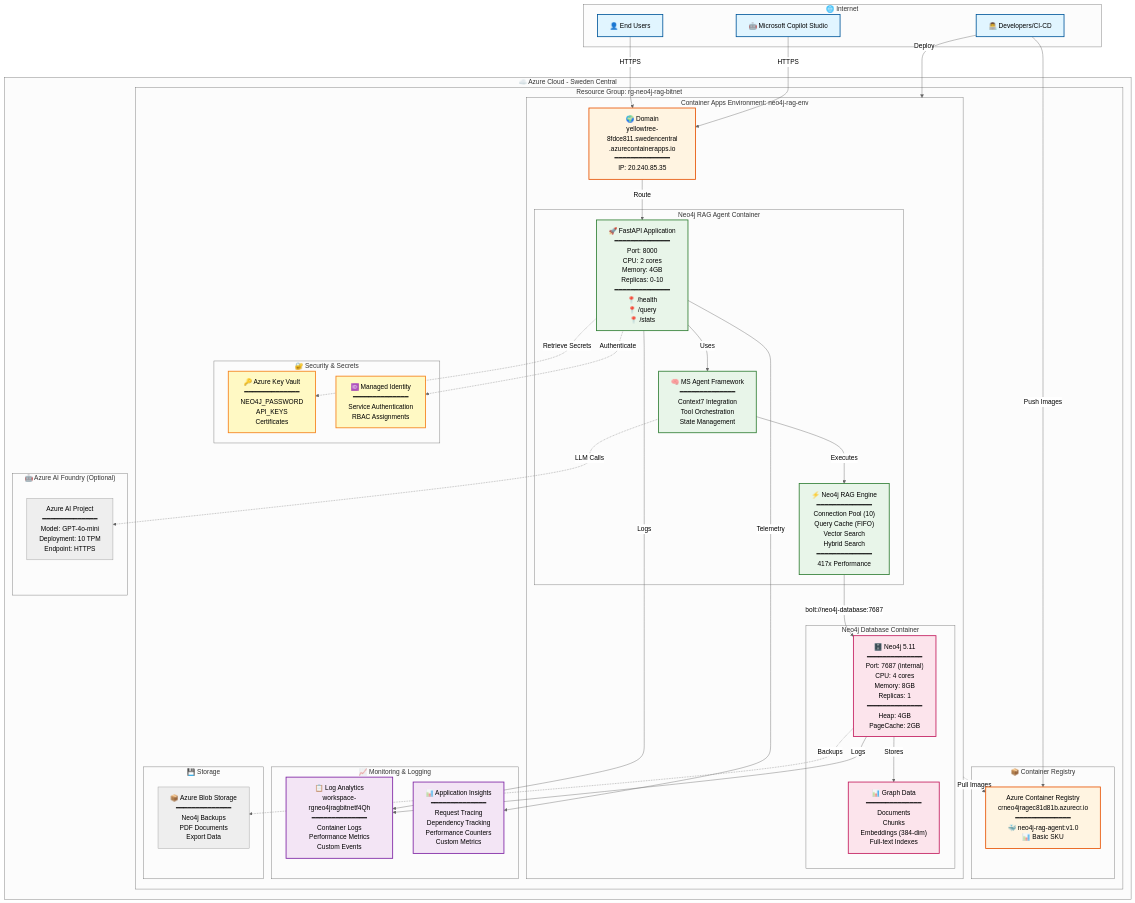
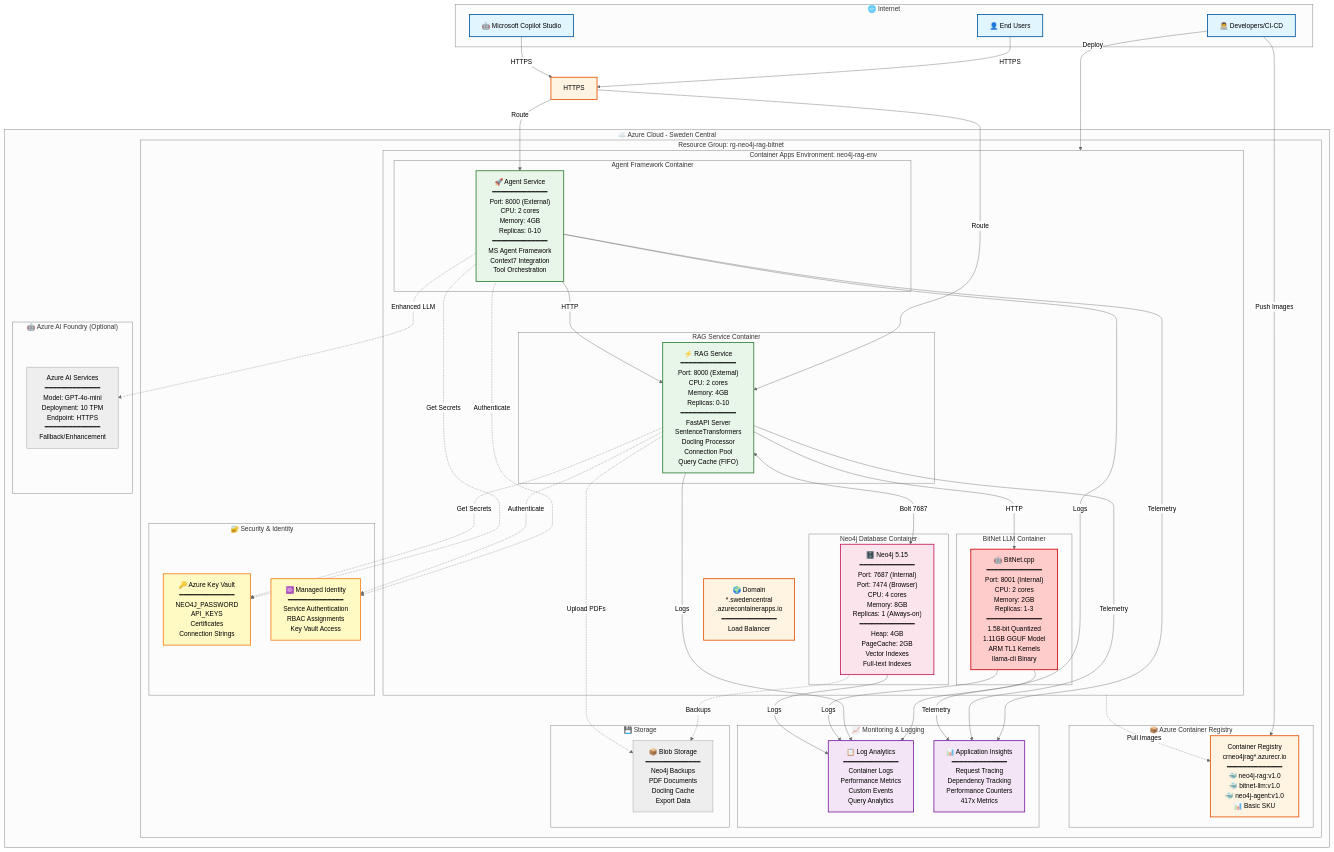
One commit to ma3u/neo4j-agentframework changed the first of 15 diagrams in docs/AZURE_ARCHITECTURE.md. Above: the diagram before and after it, drawn with Mermaid (neutral theme). The commit also changed other lines of this file, not shown here.

````diff
--- a/docs/AZURE_ARCHITECTURE.md
+++ b/docs/AZURE_ARCHITECTURE.md
@@ -16,77 +43,90 @@
     subgraph Azure["☁️ Azure Cloud - Sweden Central"]
         subgraph RG["Resource Group: rg-neo4j-rag-bitnet"]
 
-            subgraph ACR_SG["📦 Container Registry"]
-                ACR[Azure Container Registry<br/>crneo4jragec81d81b.azurecr.io<br/>━━━━━━━━━━━━━━<br/>🐳 neo4j-rag-agent:v1.0<br/>📊 Basic SKU]
+            subgraph ACR_SG["📦 Azure Container Registry"]
+                ACR[Container Registry<br/>crneo4jrag*.azurecr.io<br/>━━━━━━━━━━━━━━<br/>🐳 neo4j-rag:v1.0<br/>🐳 bitnet-llm:v1.0<br/>🐳 neo4j-agent:v1.0<br/>📊 Basic SKU]
             end
 
             subgraph CAE["Container Apps Environment: neo4j-rag-env"]
-                DOMAIN[🌍 Domain<br/>yellowtree-8fdce811.swedencentral<br/>.azurecontainerapps.io<br/>━━━━━━━━━━━━━━<br/>IP: 20.240.85.35]
+                DOMAIN[🌍 Domain<br/>*.swedencentral<br/>.azurecontainerapps.io<br/>━━━━━━━━━━━━━━<br/>Load Balancer]
 
-                subgraph AGENT["Neo4j RAG Agent Container"]
-                    AGENT_APP["🚀 FastAPI Application<br/>━━━━━━━━━━━━━━<br/>Port: 8000<br/>CPU: 2 cores<br/>Memory: 4GB<br/>Replicas: 0-10<br/>━━━━━━━━━━━━━━<br/>📍 /health<br/>📍 /query<br/>📍 /stats"]
-                    AGENT_FW["🧠 MS Agent Framework<br/>━━━━━━━━━━━━━━<br/>Context7 Integration<br/>Tool Orchestration<br/>State Management"]
-                    RAG_ENGINE["⚡ Neo4j RAG Engine<br/>━━━━━━━━━━━━━━<br/>Connection Pool (10)<br/>Query Cache (FIFO)<br/>Vector Search<br/>Hybrid Search<br/>━━━━━━━━━━━━━━<br/>417x Performance"]
+                subgraph AGENT["Agent Framework Container"]
+                    AGENT_APP["🚀 Agent Service<br/>━━━━━━━━━━━━━━<br/>Port: 8000 (External)<br/>CPU: 2 cores<br/>Memory: 4GB<br/>Replicas: 0-10<br/>━━━━━━━━━━━━━━<br/>MS Agent Framework<br/>Context7 Integration<br/>Tool Orchestration"]
+                end
+
+                subgraph RAG["RAG Service Container"]
+                    RAG_APP["⚡ RAG Service<br/>━━━━━━━━━━━━━━<br/>Port: 8000 (External)<br/>CPU: 2 cores<br/>Memory: 4GB<br/>Replicas: 0-10<br/>━━━━━━━━━━━━━━<br/>FastAPI Server<br/>SentenceTransformers<br/>Docling Processor<br/>Connection Pool<br/>Query Cache (FIFO)"]
+                end
+
+                subgraph BITNET["BitNet LLM Container"]
+                    BITNET_APP["🤖 BitNet.cpp<br/>━━━━━━━━━━━━━━<br/>Port: 8001 (Internal)<br/>CPU: 2 cores<br/>Memory: 2GB<br/>Replicas: 1-3<br/>━━━━━━━━━━━━━━<br/>1.58-bit Quantized<br/>1.11GB GGUF Model<br/>ARM TL1 Kernels<br/>llama-cli Binary"]
                 end
 
                 subgraph NEO4J["Neo4j Database Container"]
-                    NEO4J_DB["🗄️ Neo4j 5.11<br/>━━━━━━━━━━━━━━<br/>Port: 7687 (internal)<br/>CPU: 4 cores<br/>Memory: 8GB<br/>Replicas: 1<br/>━━━━━━━━━━━━━━<br/>Heap: 4GB<br/>PageCache: 2GB"]
-                    NEO4J_DATA["📊 Graph Data<br/>━━━━━━━━━━━━━━<br/>Documents<br/>Chunks<br/>Embeddings (384-dim)<br/>Full-text Indexes"]
+                    NEO4J_DB["🗄️ Neo4j 5.15<br/>━━━━━━━━━━━━━━<br/>Port: 7687 (Internal)<br/>Port: 7474 (Browser)<br/>CPU: 4 cores<br/>Memory: 8GB<br/>Replicas: 1 (Always-on)<br/>━━━━━━━━━━━━━━<br/>Heap: 4GB<br/>PageCache: 2GB<br/>Vector Indexes<br/>Full-text Indexes"]
                 end
             end
 
             subgraph MONITOR_SG["📈 Monitoring & Logging"]
-                LOG_ANALYTICS["📋 Log Analytics<br/>workspace-rgneo4jragbitnetf4Qh<br/>━━━━━━━━━━━━━━<br/>Container Logs<br/>Performance Metrics<br/>Custom Events"]
-                APP_INSIGHTS["📊 Application Insights<br/>━━━━━━━━━━━━━━<br/>Request Tracing<br/>Dependency Tracking<br/>Performance Counters<br/>Custom Metrics"]
+                LOG_ANALYTICS["📋 Log Analytics<br/>━━━━━━━━━━━━━━<br/>Container Logs<br/>Performance Metrics<br/>Custom Events<br/>Query Analytics"]
+                APP_INSIGHTS["📊 Application Insights<br/>━━━━━━━━━━━━━━<br/>Request Tracing<br/>Dependency Tracking<br/>Performance Counters<br/>417x Metrics"]
             end
 
-            subgraph SECURITY["🔐 Security & Secrets"]
-                KEYVAULT["🔑 Azure Key Vault<br/>━━━━━━━━━━━━━━<br/>NEO4J_PASSWORD<br/>API_KEYS<br/>Certificates"]
-                MANAGED_ID["🆔 Managed Identity<br/>━━━━━━━━━━━━━━<br/>Service Authentication<br/>RBAC Assignments"]
+            subgraph SECURITY["🔐 Security & Identity"]
+                KEYVAULT["🔑 Azure Key Vault<br/>━━━━━━━━━━━━━━<br/>NEO4J_PASSWORD<br/>API_KEYS<br/>Certificates<br/>Connection Strings"]
+                MANAGED_ID["🆔 Managed Identity<br/>━━━━━━━━━━━━━━<br/>Service Authentication<br/>RBAC Assignments<br/>Key Vault Access"]
             end
 
             subgraph STORAGE_SG["💾 Storage"]
-                BLOB_STORAGE["📦 Azure Blob Storage<br/>━━━━━━━━━━━━━━<br/>Neo4j Backups<br/>PDF Documents<br/>Export Data"]
+                BLOB_STORAGE["📦 Blob Storage<br/>━━━━━━━━━━━━━━<br/>Neo4j Backups<br/>PDF Documents<br/>Docling Cache<br/>Export Data"]
             end
         end
 
         subgraph AI_SG["🤖 Azure AI Foundry (Optional)"]
-            AI_PROJECT["Azure AI Project<br/>━━━━━━━━━━━━━━<br/>Model: GPT-4o-mini<br/>Deployment: 10 TPM<br/>Endpoint: HTTPS"]
+            AI_PROJECT["Azure AI Services<br/>━━━━━━━━━━━━━━<br/>Model: GPT-4o-mini<br/>Deployment: 10 TPM<br/>Endpoint: HTTPS<br/>━━━━━━━━━━━━━━<br/>Fallback/Enhancement"]
         end
     end
 
     %% User Interactions
-    USER -->|HTTPS| DOMAIN
-    COPILOT -->|HTTPS| DOMAIN
-    DOMAIN -->|Route| AGENT_APP
+    USER -->|HTTPS| HTTPS
+    COPILOT -->|HTTPS| HTTPS
+    HTTPS -->|Route| AGENT_APP
+    HTTPS -->|Route| RAG_APP
 
     %% Developer Interactions
     DEVS -->|Push Images| ACR
     DEVS -->|Deploy| CAE
 
     %% Internal Flow
-    AGENT_APP -->|Uses| AGENT_FW
-    AGENT_FW -->|Executes| RAG_ENGINE
-    RAG_ENGINE -->|bolt://neo4j-database:7687| NEO4J_DB
-    NEO4J_DB -->|Stores| NEO4J_DATA
+    AGENT_APP -->|HTTP| RAG_APP
+    RAG_APP <-->|Bolt 7687| NEO4J_DB
+    RAG_APP -->|HTTP| BITNET_APP
 
     %% Security & Secrets
-    AGENT_APP -.->|Retrieve Secrets| KEYVAULT
+    AGENT_APP -.->|Get Secrets| KEYVAULT
+    RAG_APP -.->|Get Secrets| KEYVAULT
     AGENT_APP -.->|Authenticate| MANAGED_ID
+    RAG_APP -.->|Authenticate| MANAGED_ID
 
     %% Monitoring
     AGENT_APP -->|Logs| LOG_ANALYTICS
+    RAG_APP -->|Logs| LOG_ANALYTICS
+    BITNET_APP -->|Logs| LOG_ANALYTICS
+    NEO4J_DB -->|Logs| LOG_ANALYTICS
+
     AGENT_APP -->|Telemetry| APP_INSIGHTS
-    NEO4J_DB -->|Logs| LOG_ANALYTICS
+    RAG_APP -->|Telemetry| APP_INSIGHTS
+    BITNET_APP -->|Telemetry| APP_INSIGHTS
 
     %% Storage
     NEO4J_DB -.->|Backups| BLOB_STORAGE
+    RAG_APP -.->|Upload PDFs| BLOB_STORAGE
 
     %% Registry
     CAE -.->|Pull Images| ACR
 
     %% AI Integration (Optional)
-    AGENT_FW -.->|LLM Calls| AI_PROJECT
+    AGENT_APP -.->|Enhanced LLM| AI_PROJECT
 
     %% Styling
     classDef userClass fill:#e1f5ff,stroke:#01579b,stroke-width:2px
@@ -95,11 +135,13 @@
     classDef dbClass fill:#fce4ec,stroke:#c2185b,stroke-width:2px
     classDef monitorClass fill:#f3e5f5,stroke:#7b1fa2,stroke-width:2px
     classDef securityClass fill:#fff9c4,stroke:#f57f17,stroke-width:2px
+    classDef aiClass fill:#ffcccc,stroke:#cc0000,stroke-width:2px
 
     class USER,COPILOT,DEVS userClass
-    class ACR,DOMAIN azureClass
-    class AGENT_APP,AGENT_FW,RAG_ENGINE containerClass
-    class NEO4J_DB,NEO4J_DATA dbClass
+    class ACR,DOMAIN,HTTPS azureClass
+    class AGENT_APP,RAG_APP containerClass
+    class BITNET_APP aiClass
+    class NEO4J_DB dbClass
     class LOG_ANALYTICS,APP_INSIGHTS monitorClass
     class KEYVAULT,MANAGED_ID securityClass
 ```
````
